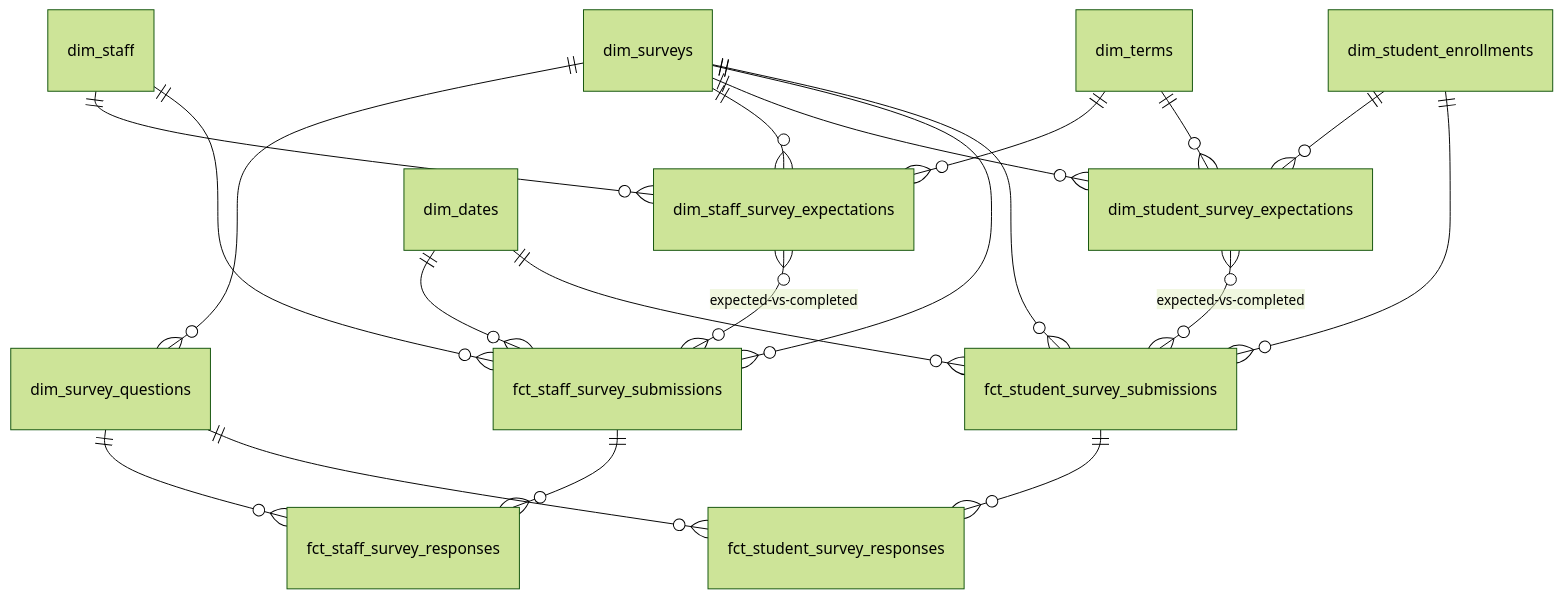
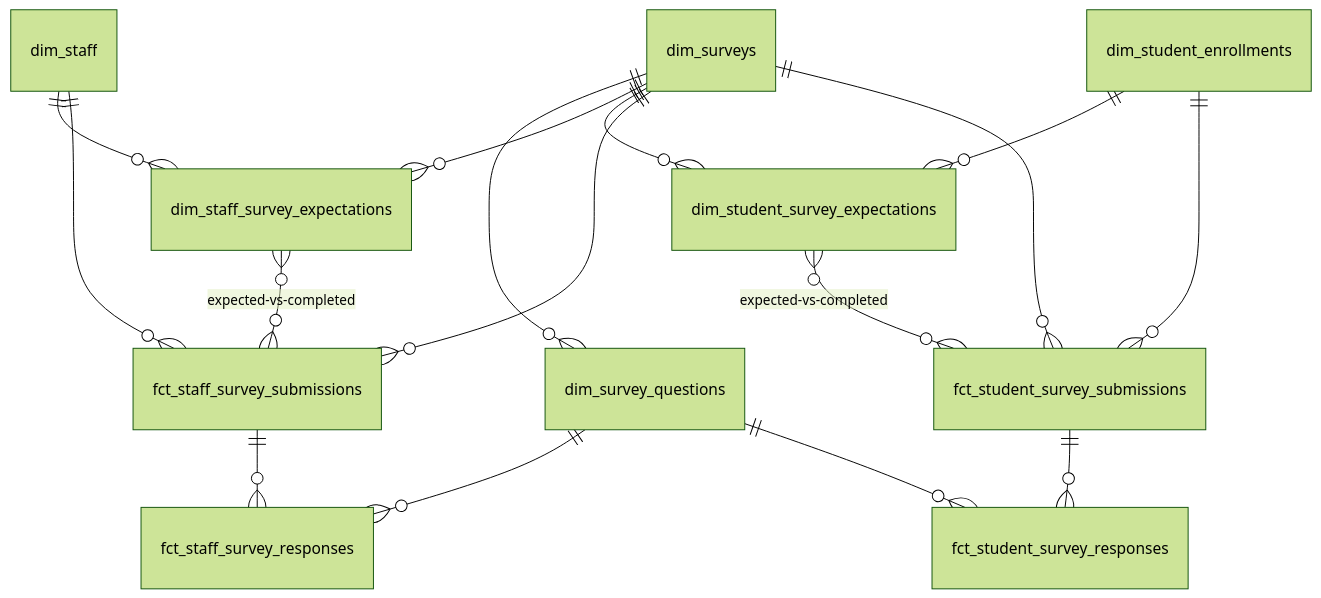
One commit to TEAMSchools/teamster changed the ninth of 10 diagrams in docs/superpowers/specs/2026-03-27-star-schema-data-mart-design.md. Above: the diagram before and after it, drawn with Mermaid (forest theme). The commit also changed other lines of this file, not shown here.

First line of the commit message:
docs: omit conformed dims from star-schema ERDs

````diff
--- a/docs/superpowers/specs/2026-03-27-star-schema-data-mart-design.md
+++ b/docs/superpowers/specs/2026-03-27-star-schema-data-mart-design.md
@@ -696,22 +662,18 @@
 ```mermaid
 erDiagram
     dim_surveys ||--o{ dim_survey_questions : ""
     dim_surveys ||--o{ dim_staff_survey_expectations : ""
     dim_surveys ||--o{ dim_student_survey_expectations : ""
     dim_surveys ||--o{ fct_staff_survey_submissions : ""
     dim_surveys ||--o{ fct_student_survey_submissions : ""
     dim_staff ||--o{ dim_staff_survey_expectations : ""
     dim_staff ||--o{ fct_staff_survey_submissions : ""
     dim_student_enrollments ||--o{ dim_student_survey_expectations : ""
     dim_student_enrollments ||--o{ fct_student_survey_submissions : ""
     dim_survey_questions ||--o{ fct_staff_survey_responses : ""
     dim_survey_questions ||--o{ fct_student_survey_responses : ""
     fct_staff_survey_submissions ||--o{ fct_staff_survey_responses : ""
     fct_student_survey_submissions ||--o{ fct_student_survey_responses : ""
     dim_staff_survey_expectations }o--o{ fct_staff_survey_submissions : "expected-vs-completed"
     dim_student_survey_expectations }o--o{ fct_student_survey_submissions : "expected-vs-completed"
-    dim_terms ||--o{ dim_staff_survey_expectations : ""
-    dim_terms ||--o{ dim_student_survey_expectations : ""
-    dim_dates ||--o{ fct_staff_survey_submissions : ""
-    dim_dates ||--o{ fct_student_survey_submissions : ""
 ```
````
